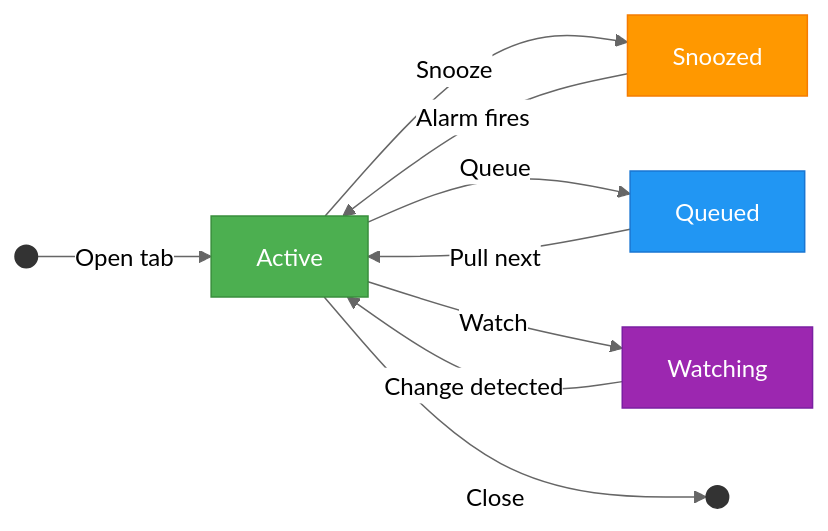
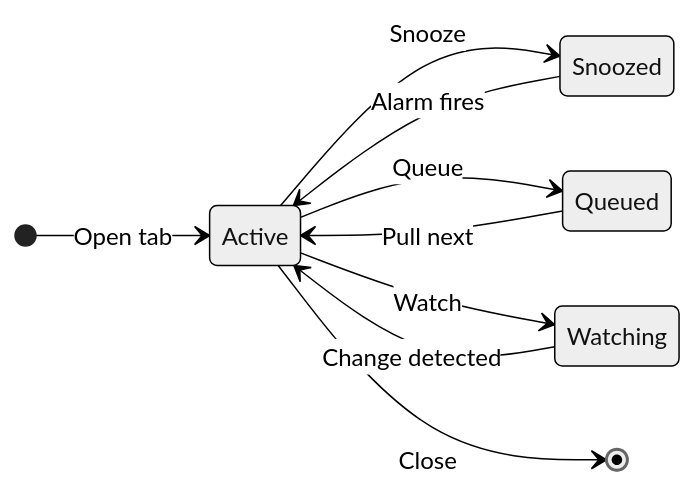
The diagram in site/docs/index.md (ugiordan/tab-manager), drawn with Mermaid (neutral theme) before and after one commit.

Commit message:
fix: revert to stateDiagram with horizontal layout to reduce label overlap

````diff
--- a/site/docs/index.md
+++ b/site/docs/index.md
@@ -9,18 +9,12 @@
 ```mermaid
-flowchart LR
-    Start(( )) -->|Open tab| Active
-    Active -->|Snooze| Snoozed
-    Active -->|Queue| Queued
-    Active -->|Watch| Watching
-    Snoozed -->|Alarm fires| Active
-    Queued -->|Pull next| Active
-    Watching -->|Change detected| Active
-    Active -->|Close| End(( ))
-
-    style Active fill:#4CAF50,color:#fff,stroke:#388E3C
-    style Snoozed fill:#FF9800,color:#fff,stroke:#F57C00
-    style Queued fill:#2196F3,color:#fff,stroke:#1976D2
-    style Watching fill:#9C27B0,color:#fff,stroke:#7B1FA2
-    style Start fill:#333,stroke:#333
-    style End fill:#333,stroke:#333
+stateDiagram-v2
+    direction LR
+    [*] --> Active: Open tab
+    Active --> Snoozed: Snooze
+    Active --> Queued: Queue
+    Active --> Watching: Watch
+    Snoozed --> Active: Alarm fires
+    Queued --> Active: Pull next
+    Watching --> Active: Change detected
+    Active --> [*]: Close
 ```
````
